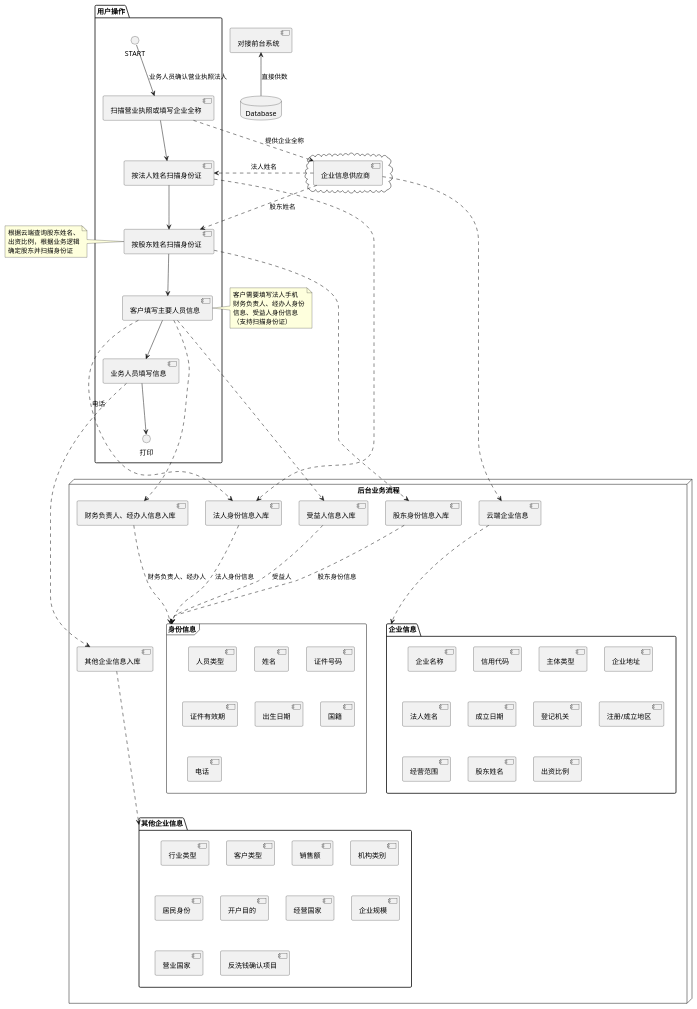
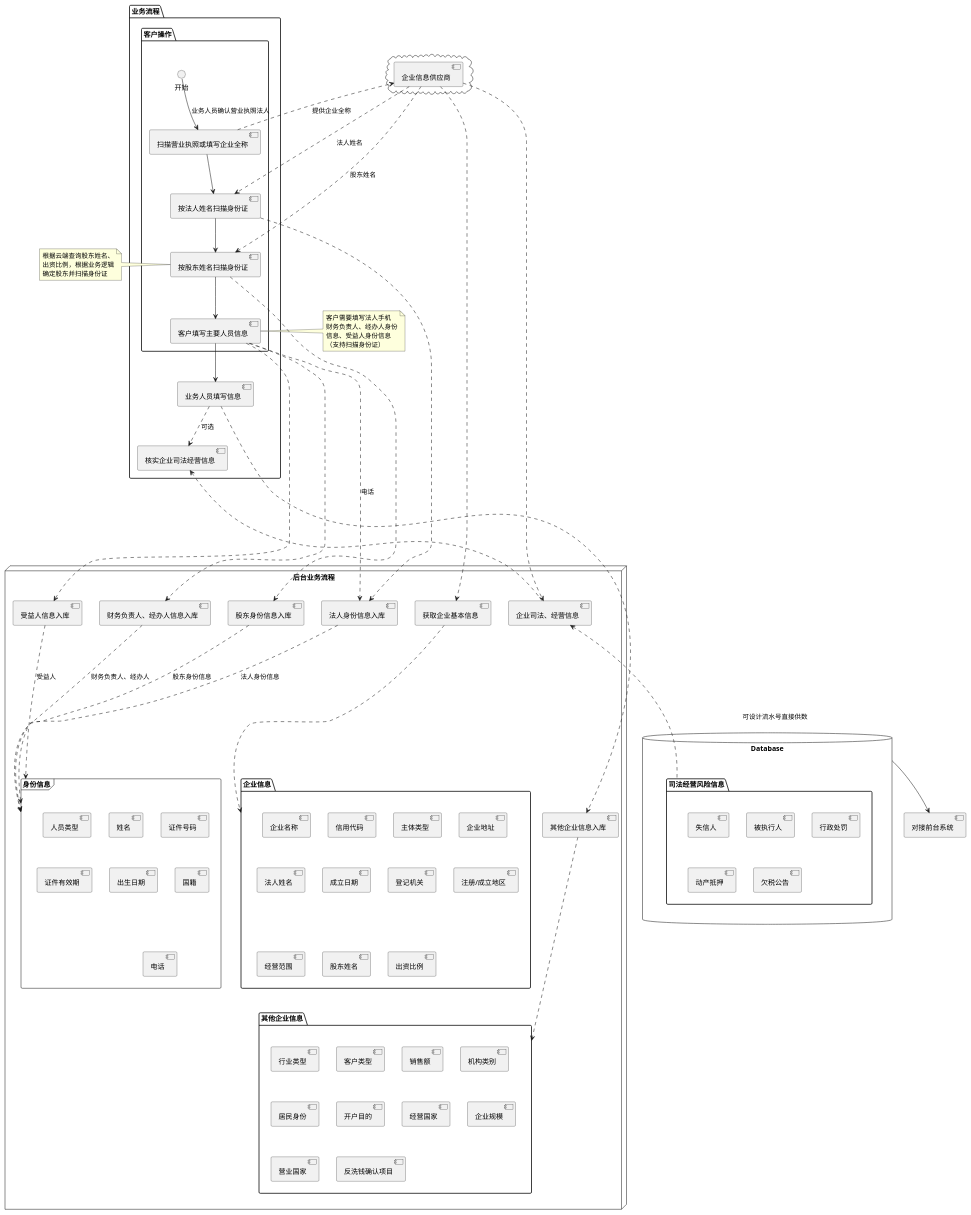
One commit to jackgo73/oldb changed the diagram in src/others/utils-plantuml-test.puml. Above: the diagram before and after it, drawn with PlantUML.

```diff
--- a/src/others/utils-plantuml-test.puml
+++ b/src/others/utils-plantuml-test.puml
@@ -2,92 +2,107 @@
 @startuml
 
-package "用户操作" {
-  START --> [扫描营业执照或填写企业全称]:业务人员确认营业执照法人
-  [扫描营业执照或填写企业全称] --> [按法人姓名扫描身份证]
-  [按法人姓名扫描身份证] --> [按股东姓名扫描身份证]
-  [按股东姓名扫描身份证] --> [客户填写主要人员信息]
+package "业务流程" {
+  package "客户操作" {
+    开始 --> [扫描营业执照或填写企业全称]:业务人员确认营业执照法人
+    [扫描营业执照或填写企业全称] --> [按法人姓名扫描身份证]
+    [按法人姓名扫描身份证] --> [按股东姓名扫描身份证]
+    [按股东姓名扫描身份证] --> [客户填写主要人员信息]
+  }
   [客户填写主要人员信息] --> [业务人员填写信息]
-  [业务人员填写信息] --> 打印
+  [业务人员填写信息] ..> [核实企业司法经营信息]:可选
+
 }
 
 note left of [按股东姓名扫描身份证]
 根据云端查询股东姓名、
 出资比例，根据业务逻辑
 确定股东并扫描身份证
 end note
 
 note left of [客户填写主要人员信息]
 客户需要填写法人手机
 财务负责人、经办人身份
 信息、受益人身份信息
 （支持扫描身份证）
 end note
 
 node "后台业务流程" {
   [按法人姓名扫描身份证] ....> [法人身份信息入库]
   [按股东姓名扫描身份证] ....> [股东身份信息入库]
   [客户填写主要人员信息] ....> [财务负责人、经办人信息入库]
   [客户填写主要人员信息] ....> [受益人信息入库]
   [客户填写主要人员信息] ....> [法人身份信息入库]:电话
   [业务人员填写信息] ....> [其他企业信息入库]
 
+
   [法人身份信息入库] ....> 身份信息:法人身份信息
-  [云端企业信息] ....> 企业信息
+  [获取企业基本信息] ....> 企业信息
+  [核实企业司法经营信息] <.... [企业司法、经营信息]
   [股东身份信息入库] ....> 身份信息:股东身份信息
   [财务负责人、经办人信息入库] ....> 身份信息:财务负责人、经办人
   [受益人信息入库] ....> 身份信息:受益人
   [其他企业信息入库] ....> 其他企业信息
+
 }
 
 cloud {
   [企业信息供应商]
 }
 
 
 database "Database" {
   frame "身份信息" {
     [人员类型]
 	[姓名]
 	[证件号码]
 	[证件有效期]
 	[出生日期]
 	[国籍]
     [电话]
   }
 
   folder "企业信息" {
   	[企业名称]
   	[信用代码]
   	[主体类型]
   	[企业地址]
   	[法人姓名]
   	[成立日期]
   	[信用代码]
   	[登记机关]
     [注册/成立地区]
     [经营范围]
     [股东姓名]
     [出资比例]
   }
   folder "其他企业信息" {
     [行业类型]
     [客户类型]
     [销售额]
     [机构类别]
     [居民身份]
     [开户目的]
     [经营国家]
     [企业规模]
     [营业国家]
     [反洗钱确认项目]
   }
+  folder "司法经营风险信息" {
+    [失信人]
+    [被执行人]
+    [行政处罚]
+    [动产抵押]
+    [欠税公告]
+  }
 }
 
 
-[扫描营业执照或填写企业全称] ..> [企业信息供应商]:提供企业全称
-[企业信息供应商] ..> [云端企业信息]
-[企业信息供应商] ..> [按法人姓名扫描身份证]:法人姓名
-[企业信息供应商] ..> [按股东姓名扫描身份证]:股东姓名
+[扫描营业执照或填写企业全称] ....> [企业信息供应商]:提供企业全称
+[企业信息供应商] ....> [获取企业基本信息]
+[企业信息供应商] ....> [企业司法、经营信息]
+[企业信息供应商] ....> [按法人姓名扫描身份证]:法人姓名
+[企业信息供应商] ....> [按股东姓名扫描身份证]:股东姓名
+[企业司法、经营信息] <.... 司法经营风险信息
 
-[对接前台系统] <-- Database:直接供数
+[对接前台系统] <- Database:可设计流水号直接供数
 @enduml
```
